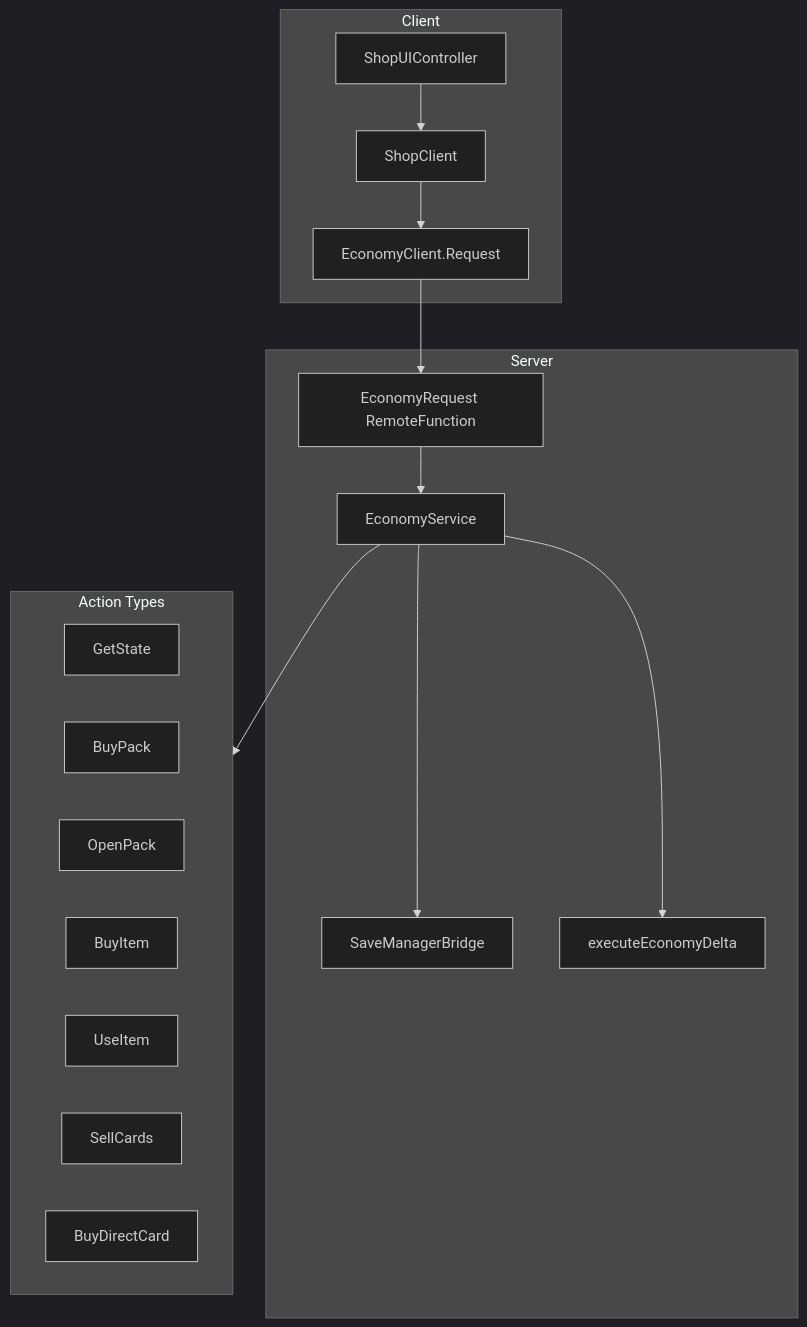
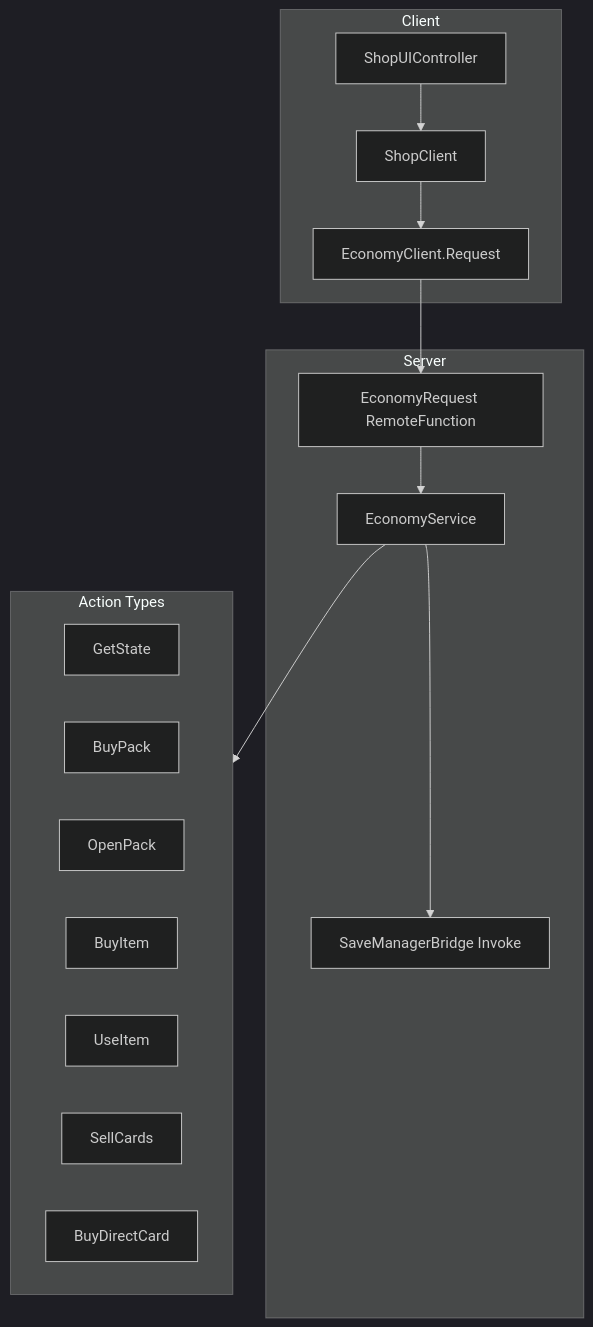
The second of 8 diagrams in docs/GAME_ARCHITECTURE.md (tamnguyentech/robloxgame3.0), drawn with Mermaid (dark theme) before and after one commit. The commit also changed other lines of this file and 15 other files, not shown here.

````diff
--- a/docs/GAME_ARCHITECTURE.md
+++ b/docs/GAME_ARCHITECTURE.md
@@ -135,33 +179,31 @@
 ```mermaid
 flowchart TB
     subgraph clientEcon [Client]
         ShopUI[ShopUIController]
         EconomyClient[EconomyClient.Request]
         ShopClient[ShopClient]
         ShopUI --> ShopClient
         ShopClient --> EconomyClient
     end
 
     subgraph serverEcon [Server]
         EconomyRequest[EconomyRequest RemoteFunction]
         EconomyService[EconomyService]
-        Bridge[SaveManagerBridge]
-        ExecuteDelta[executeEconomyDelta]
+        Bridge[SaveManagerBridge Invoke]
         EconomyRequest --> EconomyService
         EconomyService --> Bridge
-        EconomyService --> ExecuteDelta
     end
 
     subgraph actions [Action Types]
         GetState[GetState]
         BuyPack[BuyPack]
         OpenPack[OpenPack]
         BuyItem[BuyItem]
         UseItem[UseItem]
         SellCards[SellCards]
         BuyDirectCard[BuyDirectCard]
     end
 
     EconomyClient --> EconomyRequest
     EconomyService --> actions
 ```
````
